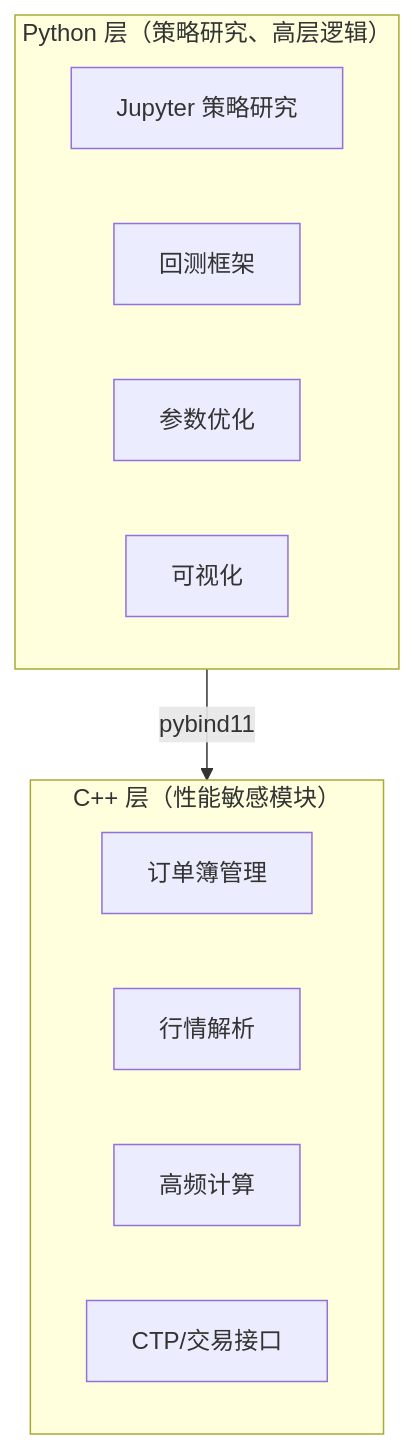
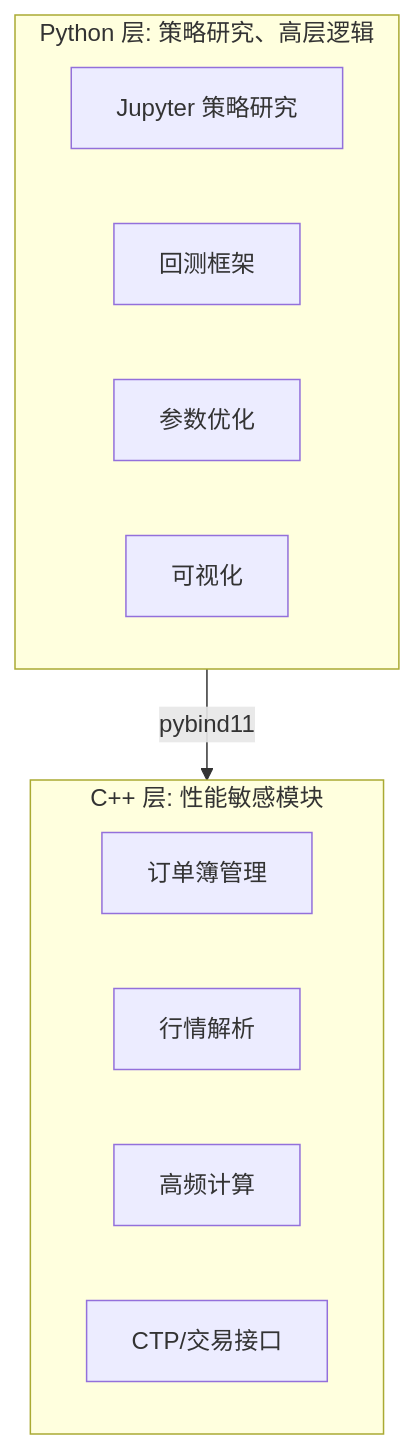
Before and after one commit to jpixy/jpixy.github.io: the first of 2 diagrams in content/articles/quant/quant-22-Cpp个人量化交易实战.md, drawn with Mermaid. The commit also changed other lines of this file and 66 other files, not shown here.

Commit message:
fix: resolve Mermaid syntax errors by removing parentheses in node labels

````diff
--- a/content/articles/quant/quant-22-Cpp个人量化交易实战.md
+++ b/content/articles/quant/quant-22-Cpp个人量化交易实战.md
@@ -1399,18 +1399,18 @@
 ```mermaid
 graph TB
-    subgraph Python层["Python 层（策略研究、高层逻辑）"]
+    subgraph Python层["Python 层: 策略研究、高层逻辑"]
         P1["Jupyter 策略研究"]
         P2["回测框架"]
         P3["参数优化"]
         P4["可视化"]
     end
     
-    subgraph Cpp层["C++ 层（性能敏感模块）"]
+    subgraph Cpp层["C++ 层: 性能敏感模块"]
         C1["订单簿管理"]
         C2["行情解析"]
         C3["高频计算"]
         C4["CTP/交易接口"]
     end
     
     Python层 -->|pybind11| Cpp层
 ```
````
